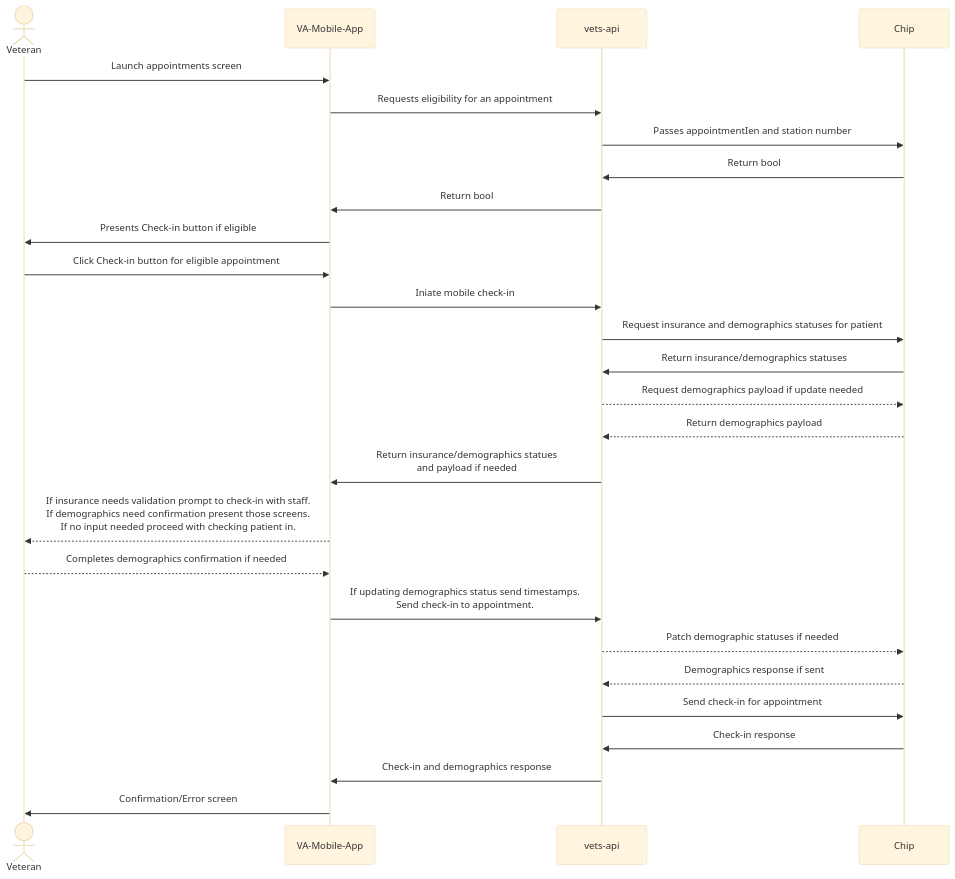
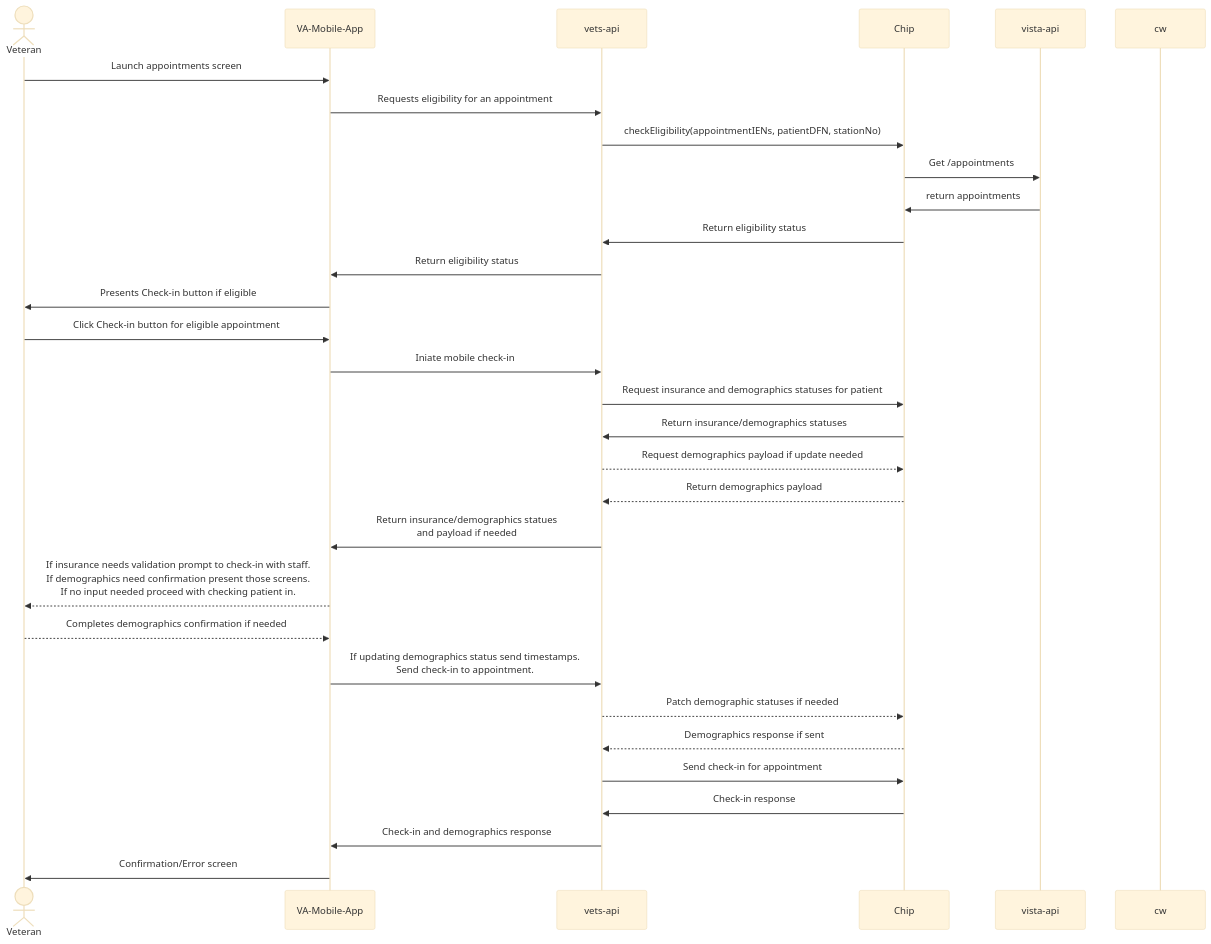
The diagram in products/health-care/checkin/engineering/full-auth-check-in/README.md (department-of-veterans-affairs/va.gov-team), drawn with Mermaid (base theme) before and after one commit.

Commit message:
Update full-auth sequence diagram with eligibility check

````diff
--- a/products/health-care/checkin/engineering/full-auth-check-in/README.md
+++ b/products/health-care/checkin/engineering/full-auth-check-in/README.md
@@ -15,30 +15,34 @@
 ```mermaid
 sequenceDiagram
     actor vet as Veteran
     participant vam as VA-Mobile-App
     participant va as vets-api
     participant chip as Chip
+    participant vista-api as vista-api
+    participant cw as cw
 
 	vet->>vam: Launch appointments screen
 	vam->>va: Requests eligibility for an appointment
-    va->>chip: Passes appointmentIen and station number
-    chip->>va: Return bool
-    va->>vam: Return bool
+    va->>chip: checkEligibility(appointmentIENs, patientDFN, stationNo)
+    chip->>vista-api: Get /appointments
+    vista-api->>chip: return appointments
+    chip->>va: Return eligibility status
+    va->>vam: Return eligibility status
     vam->>vet: Presents Check-in button if eligible
     vet->>vam: Click Check-in button for eligible appointment
     vam->>va: Iniate mobile check-in
     va->>chip: Request insurance and demographics statuses for patient
     chip->>va: Return insurance/demographics statuses
     va-->>chip: Request demographics payload if update needed
     chip-->>va: Return demographics payload
     va->>vam: Return insurance/demographics statues <br />and payload if needed
     vam-->>vet: If insurance needs validation prompt to check-in with staff.<br /> If demographics need confirmation present those screens.<br /> If no input needed proceed with checking patient in.
     vet-->>vam: Completes demographics confirmation if needed
     vam->>va: If updating demographics status send timestamps.<br />Send check-in to appointment.
     va-->>chip: Patch demographic statuses if needed
     chip-->>va: Demographics response if sent
     va->>chip: Send check-in for appointment 
     chip->>va: Check-in response
     va->>vam: Check-in and demographics response
     vam->>vet: Confirmation/Error screen
 ```
````
